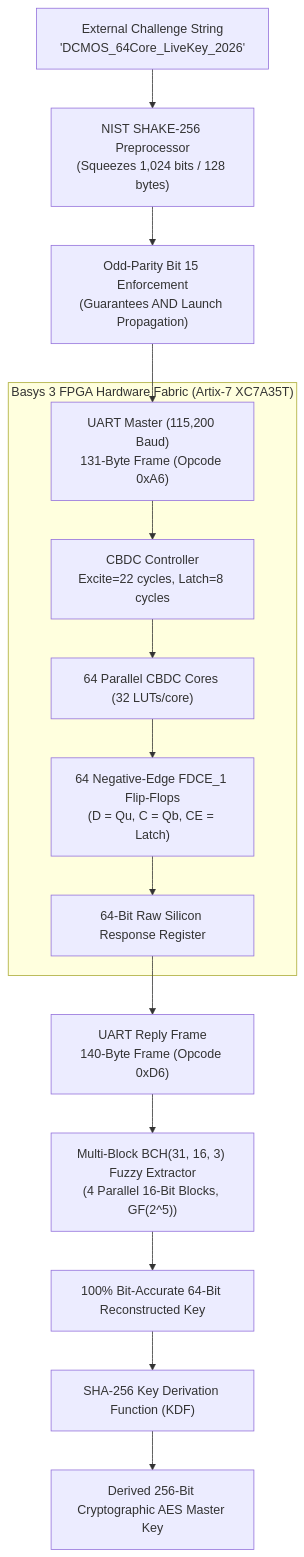
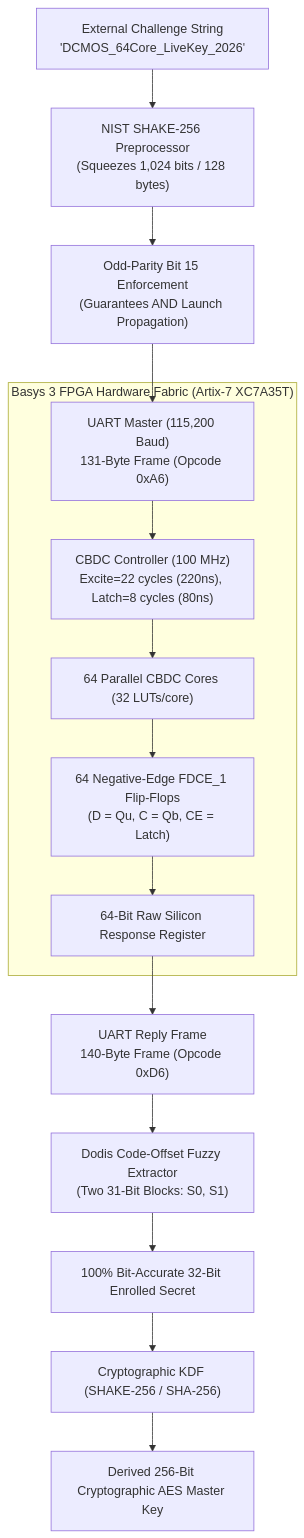
One commit to cskarthikk/DCMOS_CBDC changed the diagram in reports/CBDC_PUF_REPLICATION_REPORT.md. Above: the diagram before and after it, drawn with Mermaid. The commit also changed other lines of this file and 5 other files, not shown here.

````diff
--- a/reports/CBDC_PUF_REPLICATION_REPORT.md
+++ b/reports/CBDC_PUF_REPLICATION_REPORT.md
@@ -42,19 +48,19 @@
 ```mermaid
 flowchart TD
     ExtChallenge["External Challenge String\n'DCMOS_64Core_LiveKey_2026'"] --> SHA3["NIST SHAKE-256 Preprocessor\n(Squeezes 1,024 bits / 128 bytes)"]
     SHA3 --> ParityCheck["Odd-Parity Bit 15 Enforcement\n(Guarantees AND Launch Propagation)"]
     ParityCheck --> UARTTx["UART Master (115,200 Baud)\n131-Byte Frame (Opcode 0xA6)"]
     
     subgraph Basys3 ["Basys 3 FPGA Hardware Fabric (Artix-7 XC7A35T)"]
-        UARTTx --> UARTRx["CBDC Controller\nExcite=22 cycles, Latch=8 cycles"]
+        UARTTx --> UARTRx["CBDC Controller (100 MHz)\nExcite=22 cycles (220ns), Latch=8 cycles (80ns)"]
         UARTRx --> Cores["64 Parallel CBDC Cores (32 LUTs/core)"]
         Cores --> Arbiters["64 Negative-Edge FDCE_1 Flip-Flops\n(D = Qu, C = Qb, CE = Latch)"]
         Arbiters --> ResponseReg["64-Bit Raw Silicon Response Register"]
     end
     
     ResponseReg --> UARTEcho["UART Reply Frame\n140-Byte Frame (Opcode 0xD6)"]
-    UARTEcho --> MultiBCH["Multi-Block BCH(31, 16, 3) Fuzzy Extractor\n(4 Parallel 16-Bit Blocks, GF(2^5))"]
-    MultiBCH --> StableKey["100% Bit-Accurate 64-Bit Reconstructed Key"]
-    StableKey --> SHA256["SHA-256 Key Derivation Function (KDF)"]
+    UARTEcho --> CodeOffset["Dodis Code-Offset Fuzzy Extractor\n(Two 31-Bit Blocks: S0, S1)"]
+    CodeOffset --> StableKey["100% Bit-Accurate 32-Bit Enrolled Secret"]
+    StableKey --> SHA256["Cryptographic KDF (SHAKE-256 / SHA-256)"]
     SHA256 --> AESKey["Derived 256-Bit Cryptographic AES Master Key"]
 ```
````
